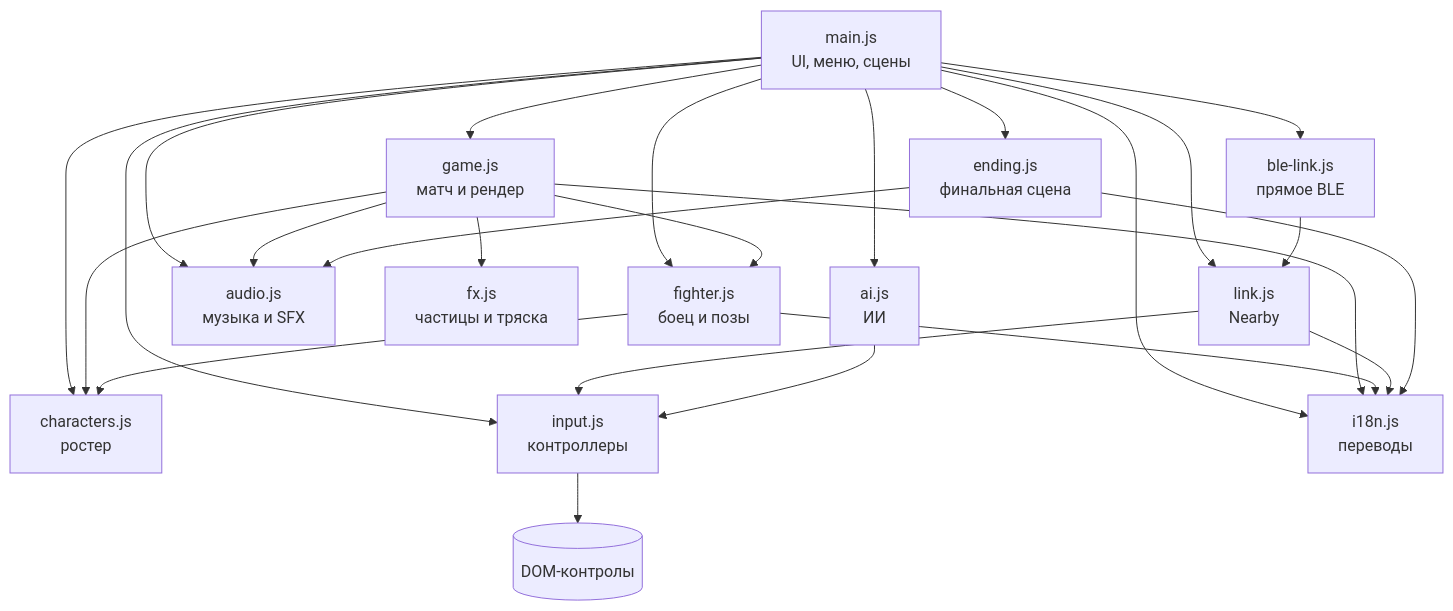
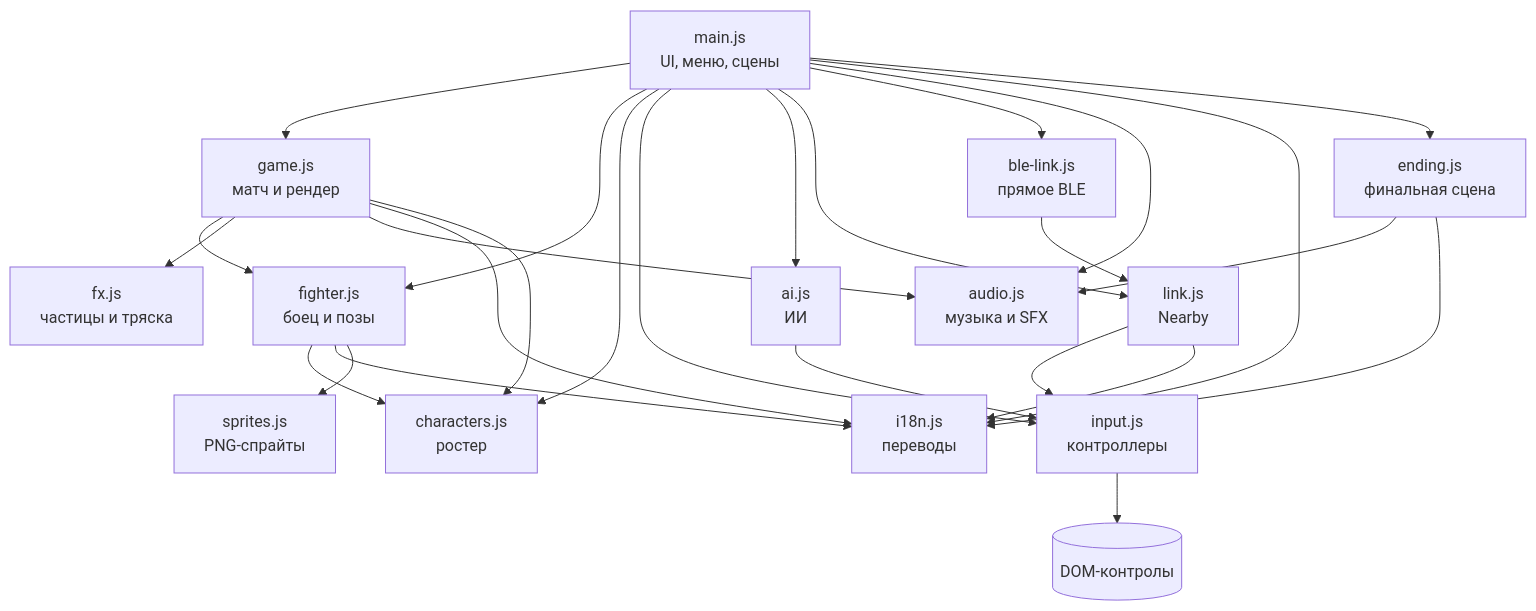
Before and after one commit to asmxaker/neon-clash: the first of 2 diagrams in docs/ARCHITECTURE.md, drawn with Mermaid. The commit also changed other lines of this file and 10 other files, not shown here.

````diff
--- a/docs/ARCHITECTURE.md
+++ b/docs/ARCHITECTURE.md
@@ -34,30 +34,31 @@
 ```mermaid
 flowchart TD
   main[main.js<br/>UI, меню, сцены] --> game[game.js<br/>матч и рендер]
   main --> fighter[fighter.js<br/>боец и позы]
   main --> characters[characters.js<br/>ростер]
   main --> input[input.js<br/>контроллеры]
   main --> ai[ai.js<br/>ИИ]
   main --> link[link.js<br/>Nearby]
   main --> ble[ble-link.js<br/>прямое BLE]
   main --> audio[audio.js<br/>музыка и SFX]
   main --> i18n[i18n.js<br/>переводы]
   main --> ending[ending.js<br/>финальная сцена]
 
   game --> fighter
   game --> fx[fx.js<br/>частицы и тряска]
   game --> audio
   game --> i18n
   game --> characters
 
   fighter --> characters
   fighter --> i18n
+  fighter --> sprites[sprites.js<br/>PNG-спрайты]
 
   link --> input
   link --> i18n
   ble --> link
   ai --> input
   input --> chars[(DOM-контролы)]
   ending --> audio
   ending --> i18n
 ```
````
